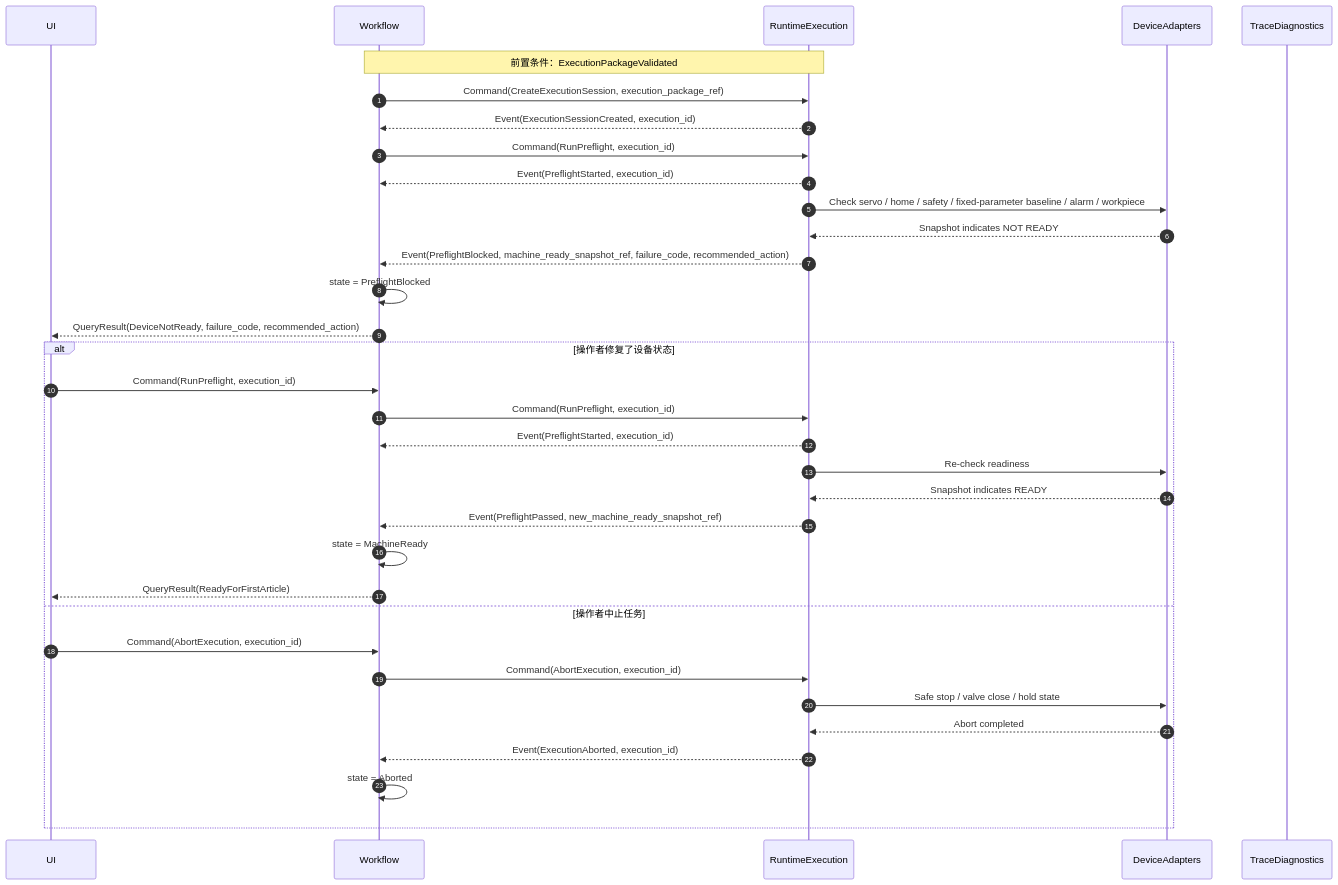
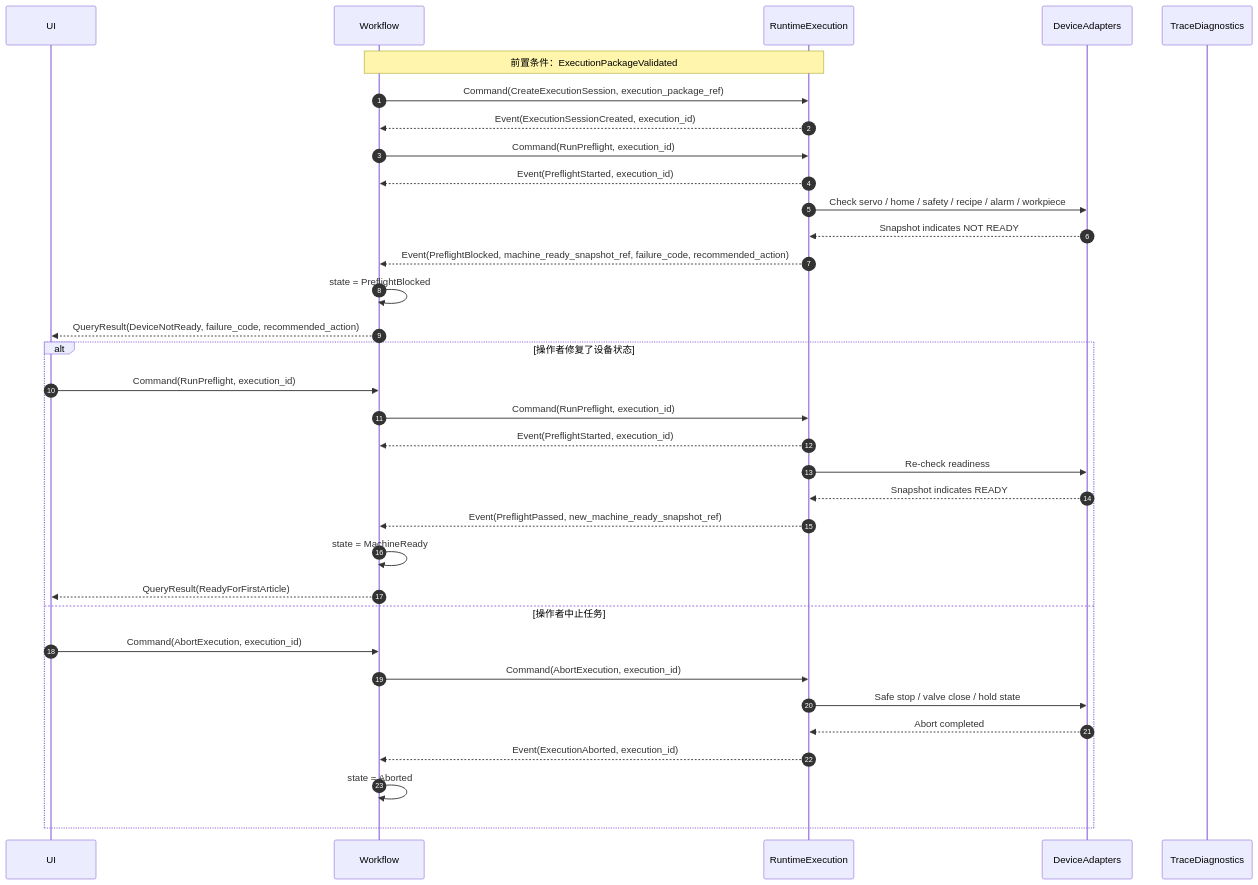
Before and after one commit to Xike-yuhuofei/SiligenPlatform: the third of 5 diagrams in docs/architecture/dsp-e2e-spec/dsp-e2e-spec-s08-system-sequence-template.md, drawn with Mermaid. The commit also changed other lines of this file and 110 other files, not shown here.

````diff
--- a/docs/architecture/dsp-e2e-spec/dsp-e2e-spec-s08-system-sequence-template.md
+++ b/docs/architecture/dsp-e2e-spec/dsp-e2e-spec-s08-system-sequence-template.md
@@ -430,41 +430,41 @@
 ```mermaid
 sequenceDiagram
     autonumber
     participant UI as UI
     participant WF as Workflow
     participant RT as RuntimeExecution
     participant DEV as DeviceAdapters
     participant TR as TraceDiagnostics
 
     Note over WF,RT: 前置条件：ExecutionPackageValidated
 
     WF->>RT: Command(CreateExecutionSession, execution_package_ref)
     RT-->>WF: Event(ExecutionSessionCreated, execution_id)
 
     WF->>RT: Command(RunPreflight, execution_id)
     RT-->>WF: Event(PreflightStarted, execution_id)
-    RT->>DEV: Check servo / home / safety / fixed-parameter baseline / alarm / workpiece
+    RT->>DEV: Check servo / home / safety / recipe / alarm / workpiece
     DEV-->>RT: Snapshot indicates NOT READY
     RT-->>WF: Event(PreflightBlocked, machine_ready_snapshot_ref, failure_code, recommended_action)
     WF->>WF: state = PreflightBlocked
     WF-->>UI: QueryResult(DeviceNotReady, failure_code, recommended_action)
 
     alt 操作者修复了设备状态
         UI->>WF: Command(RunPreflight, execution_id)
         WF->>RT: Command(RunPreflight, execution_id)
         RT-->>WF: Event(PreflightStarted, execution_id)
         RT->>DEV: Re-check readiness
         DEV-->>RT: Snapshot indicates READY
         RT-->>WF: Event(PreflightPassed, new_machine_ready_snapshot_ref)
         WF->>WF: state = MachineReady
         WF-->>UI: QueryResult(ReadyForFirstArticle)
 
     else 操作者中止任务
         UI->>WF: Command(AbortExecution, execution_id)
         WF->>RT: Command(AbortExecution, execution_id)
         RT->>DEV: Safe stop / valve close / hold state
         DEV-->>RT: Abort completed
         RT-->>WF: Event(ExecutionAborted, execution_id)
         WF->>WF: state = Aborted
     end
 ```
````
